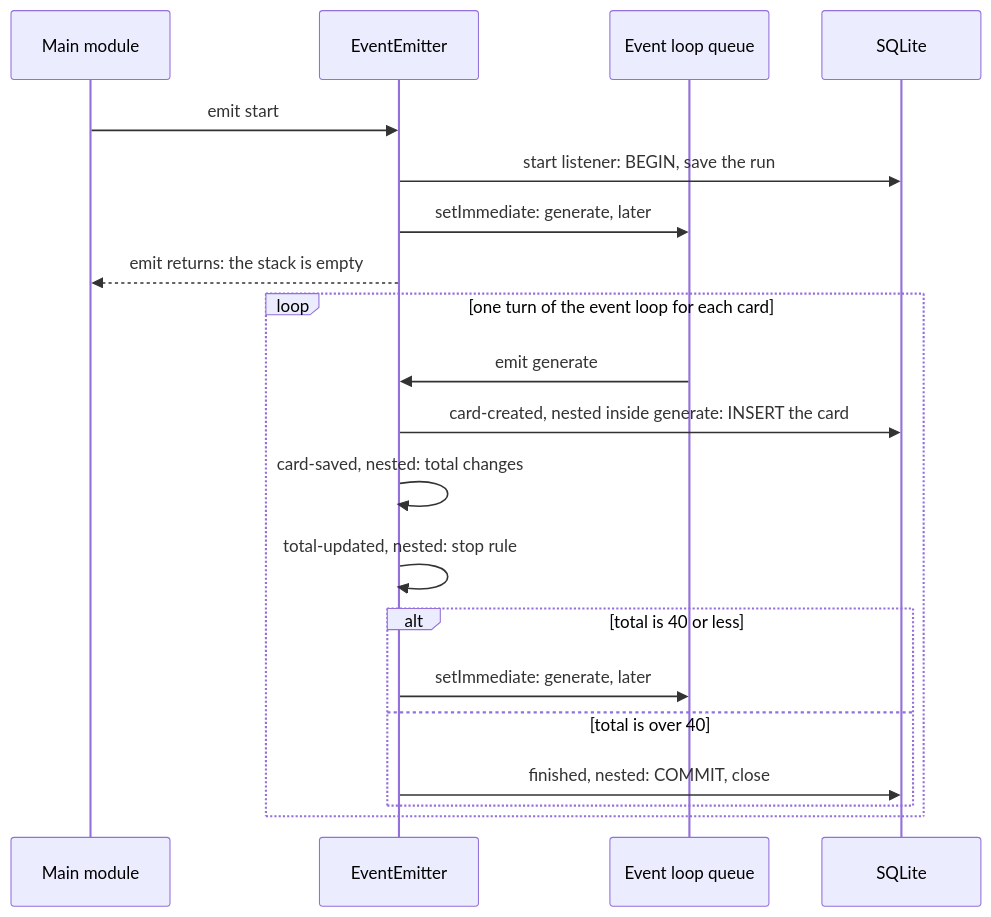
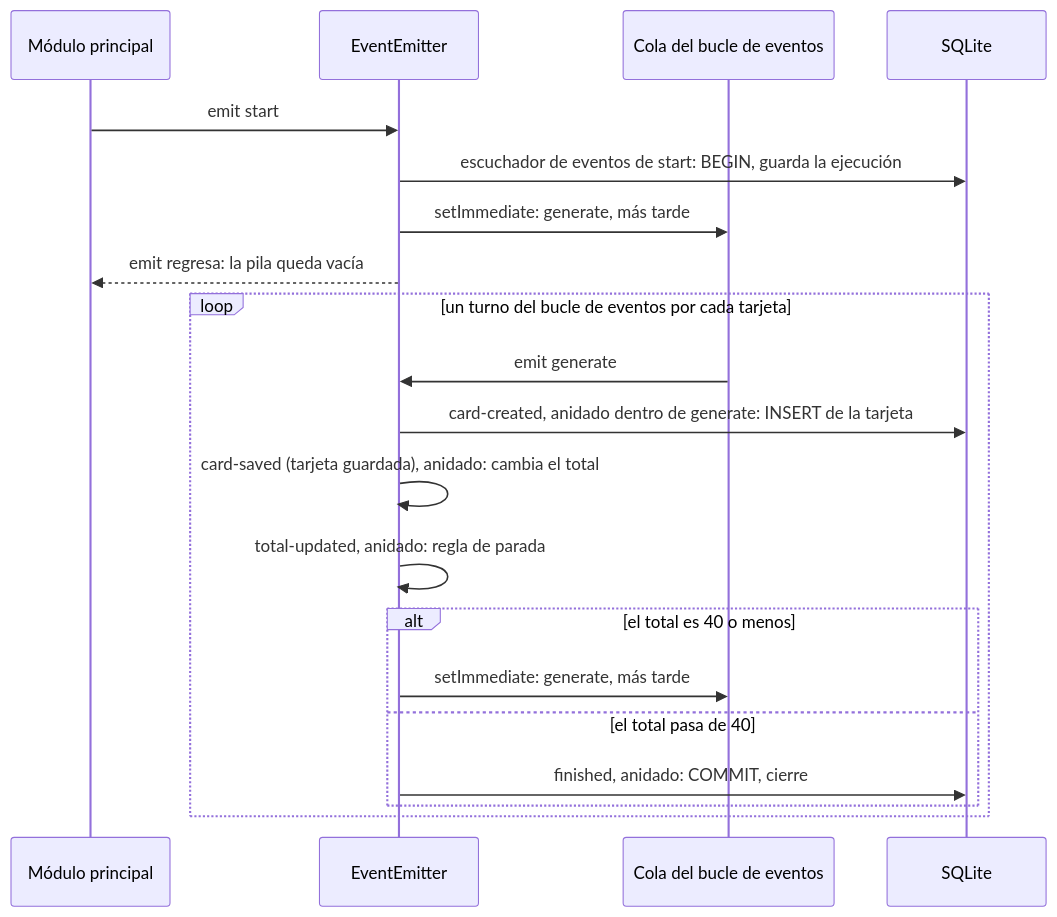
Before and after one commit to dullroar/aprende-a-programar-como-un-bicho-raro: the third of 3 diagrams in lessons/guias-de-estudio/lenguajes/javascript.md, drawn with Mermaid. The commit also changed other lines of this file and 9 other files, not shown here.

````diff
--- a/lessons/guias-de-estudio/lenguajes/javascript.md
+++ b/lessons/guias-de-estudio/lenguajes/javascript.md
@@ -106,24 +106,24 @@
 ```mermaid
 sequenceDiagram
-    accTitle: javascript-events: emit is a call, setImmediate is a later turn
-    accDescr: A sequence diagram. The main module emits start. The listener for start opens the database, begins a transaction and saves the run, then asks the event loop for the generate event on a later turn with setImmediate. Emit returns and the call stack is empty. On a later turn the event loop emits generate. The generate listener makes a card and emits card-created, whose listener runs at once inside the same call and saves the card to SQLite. That listener emits card-saved, whose listener updates the total and prints the row. That listener emits total-updated. If the total is 40 or less, its listener asks the event loop for the next generate on a later turn, and the stack unwinds. If the total is over 40, it emits finished, whose listener commits, prints and closes. A throw in any listener emits failed, which rolls back and reports once.
-    participant M as Main module
+    accTitle: javascript-events: emit es una llamada, setImmediate es un turno posterior
+    accDescr: Un diagrama de secuencia. El módulo principal emite start. El escuchador de eventos de start abre la base de datos, inicia una transacción y guarda la ejecución. Después pide al bucle de eventos el evento generate en un turno posterior con setImmediate. Emit regresa y la pila de llamadas queda vacía. En un turno posterior, el bucle de eventos emite generate. El escuchador de eventos de generate crea una tarjeta y emite card-created, cuyo escuchador se ejecuta de inmediato dentro de la misma llamada y guarda la tarjeta en SQLite. Ese escuchador emite card-saved, cuyo escuchador actualiza el total e imprime la fila. Ese escuchador emite total-updated. Si el total es 40 o menos, su escuchador pide al bucle de eventos el siguiente generate en un turno posterior, y la pila se desenrolla. Si el total pasa de 40, emite finished, cuyo escuchador confirma la transacción, imprime y cierra. Una excepción lanzada en cualquier escuchador emite failed, que revierte la transacción e informa una sola vez.
+    participant M as Módulo principal
     participant E as EventEmitter
-    participant Q as Event loop queue
+    participant Q as Cola del bucle de eventos
     participant D as SQLite
     M->>E: emit start
-    E->>D: start listener: BEGIN, save the run
-    E->>Q: setImmediate: generate, later
-    E-->>M: emit returns: the stack is empty
-    loop one turn of the event loop for each card
+    E->>D: escuchador de eventos de start: BEGIN, guarda la ejecución
+    E->>Q: setImmediate: generate, más tarde
+    E-->>M: emit regresa: la pila queda vacía
+    loop un turno del bucle de eventos por cada tarjeta
         Q->>E: emit generate
-        E->>D: card-created, nested inside generate: INSERT the card
-        E->>E: card-saved, nested: total changes
-        E->>E: total-updated, nested: stop rule
-        alt total is 40 or less
-            E->>Q: setImmediate: generate, later
-        else total is over 40
-            E->>D: finished, nested: COMMIT, close
+        E->>D: card-created, anidado dentro de generate: INSERT de la tarjeta
+        E->>E: card-saved (tarjeta guardada), anidado: cambia el total
+        E->>E: total-updated, anidado: regla de parada
+        alt el total es 40 o menos
+            E->>Q: setImmediate: generate, más tarde
+        else el total pasa de 40
+            E->>D: finished, anidado: COMMIT, cierre
         end
     end
 ```
````
